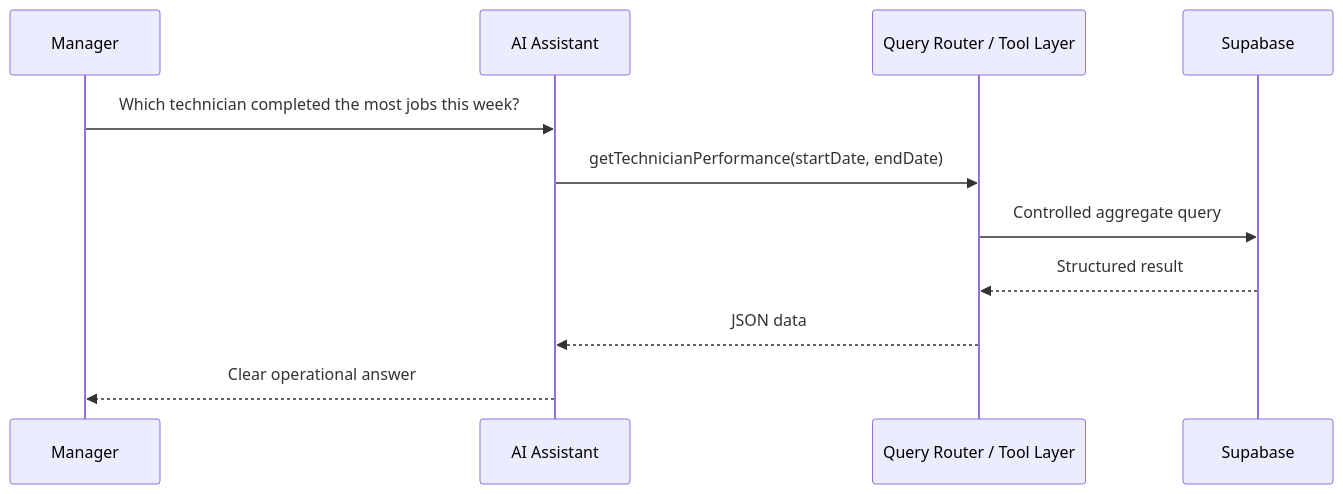
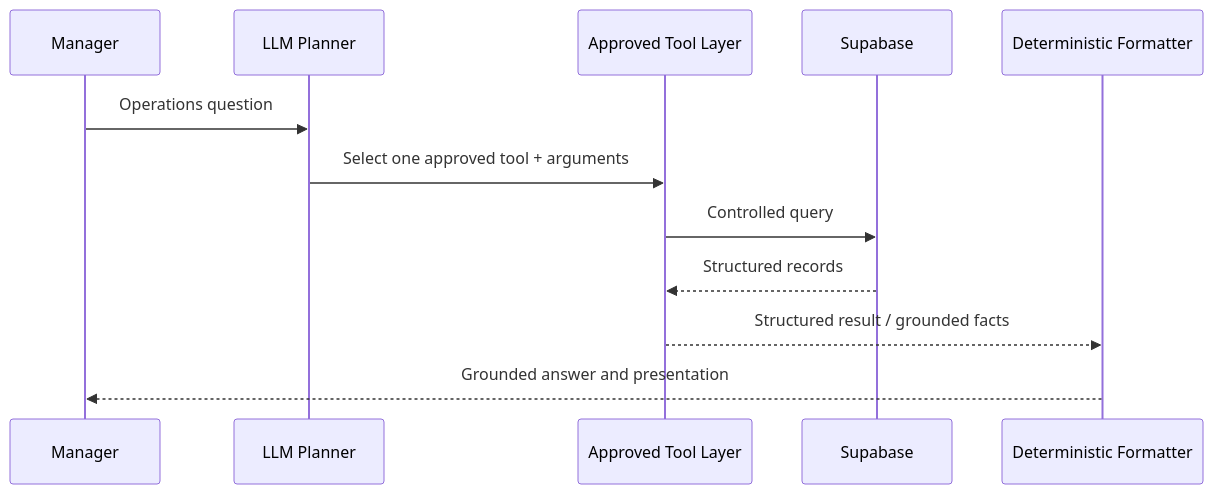
Before and after one commit to wong001110/sejukops-assessment: the fifth of 5 diagrams in README.md, drawn with Mermaid. The commit also changed other lines of this file and 2 other files, not shown here.

````diff
--- a/README.md
+++ b/README.md
@@ -319,14 +309,15 @@
 ```mermaid
 sequenceDiagram
     participant U as Manager
-    participant AI as AI Assistant
-    participant R as Query Router / Tool Layer
+    participant L as LLM Planner
+    participant T as Approved Tool Layer
     participant DB as Supabase
+    participant F as Deterministic Formatter
 
-    U->>AI: Which technician completed the most jobs this week?
-    AI->>R: getTechnicianPerformance(startDate, endDate)
-    R->>DB: Controlled aggregate query
-    DB-->>R: Structured result
-    R-->>AI: JSON data
-    AI-->>U: Clear operational answer
+    U->>L: Operations question
+    L->>T: Select one approved tool + arguments
+    T->>DB: Controlled query
+    DB-->>T: Structured records
+    T-->>F: Structured result / grounded facts
+    F-->>U: Grounded answer and presentation
 ```
````
